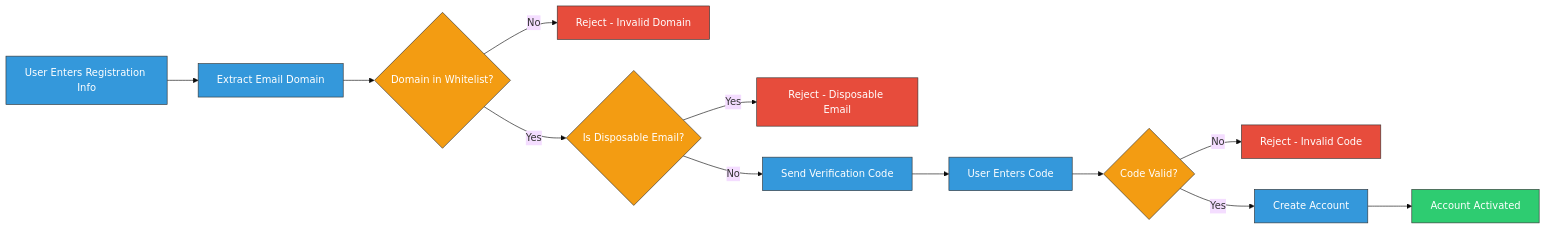
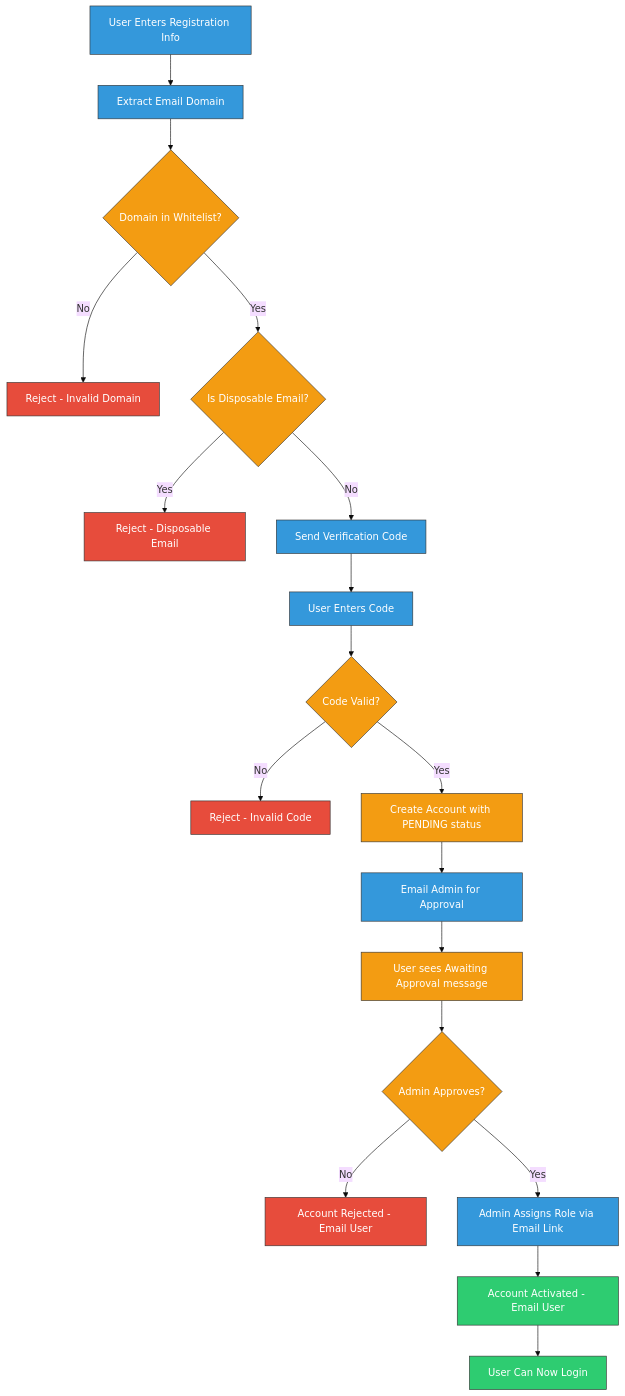
The second of 2 diagrams in submission-app-tech-spec.md (MichaelFrangione/tiered-auth-app-and-risk-portal), drawn with Mermaid (base theme) before and after one commit. The commit also changed other lines of this file and 8 other files, not shown here.

````diff
--- a/submission-app-tech-spec.md
+++ b/submission-app-tech-spec.md
@@ -96,24 +99,32 @@
 ```mermaid
-graph LR
+graph TD
     A[User Enters Registration Info] --> B[Extract Email Domain]
     B --> C{Domain in Whitelist?}
     C -->|No| D[Reject - Invalid Domain]
     C -->|Yes| E{Is Disposable Email?}
     E -->|Yes| F[Reject - Disposable Email]
     E -->|No| G[Send Verification Code]
     G --> H[User Enters Code]
     H --> I{Code Valid?}
     I -->|No| J[Reject - Invalid Code]
-    I -->|Yes| K[Create Account]
-    K --> L[Account Activated]
+    I -->|Yes| K[Create Account with PENDING status]
+    K --> L[Email Admin for Approval]
+    L --> M[User sees Awaiting Approval message]
+    M --> N{Admin Approves?}
+    N -->|No| O[Account Rejected - Email User]
+    N -->|Yes| P[Admin Assigns Role via Email Link]
+    P --> Q[Account Activated - Email User]
+    Q --> R[User Can Now Login]
     
     classDef reject fill:#e74c3c,stroke:#333,color:#fff
     classDef validation fill:#f39c12,stroke:#333,color:#fff
     classDef success fill:#2ecc71,stroke:#333,color:#fff
     classDef process fill:#3498db,stroke:#333,color:#fff
+    classDef pending fill:#f39c12,stroke:#333,color:#fff
     
-    class A,B,G,H,K,L process
-    class C,E,I validation
-    class D,F,J reject
-    class L success
+    class A,B,G,H,K,L,M,P,R process
+    class C,E,I,N validation
+    class D,F,J,O reject
+    class K,M pending
+    class Q,R success
 ```
````
